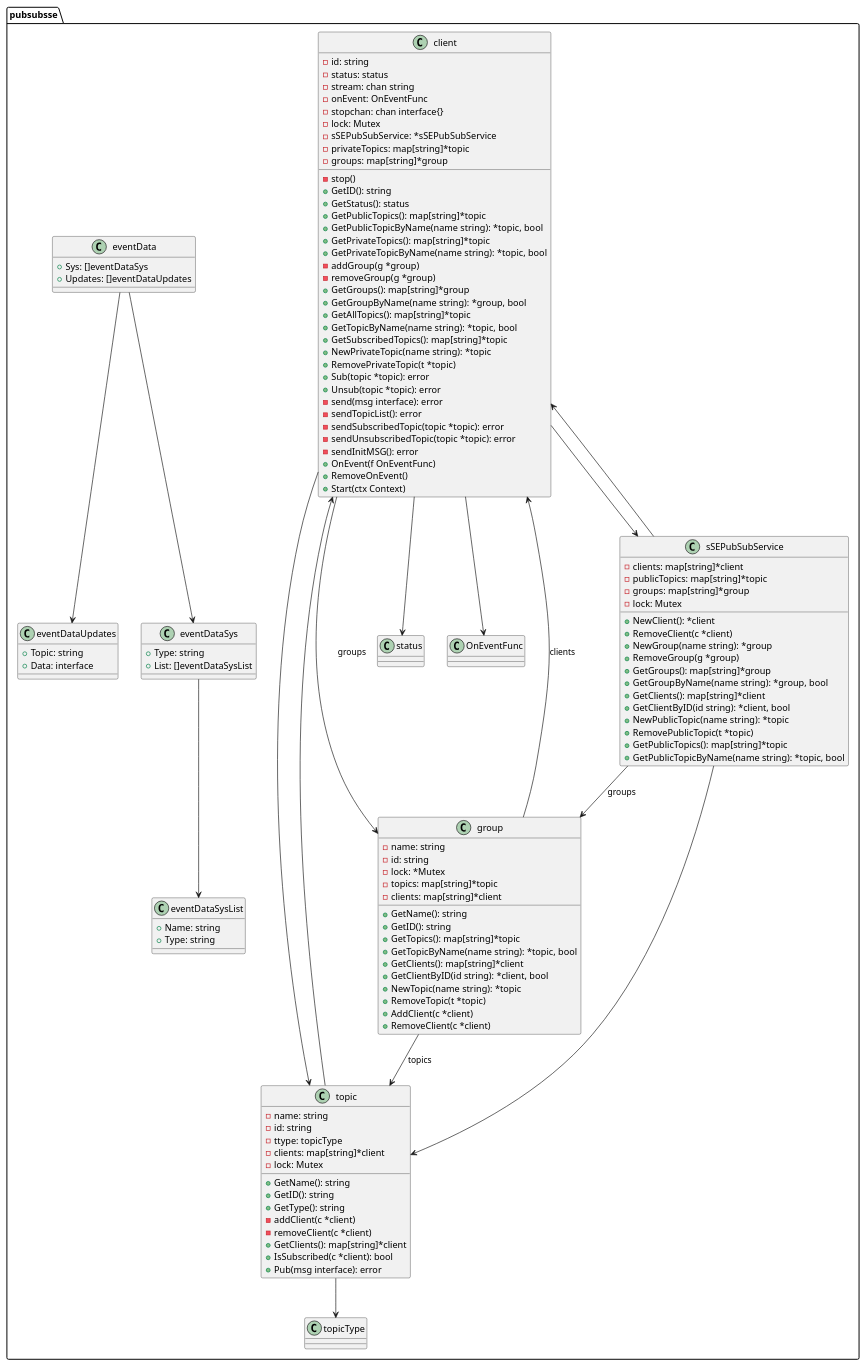
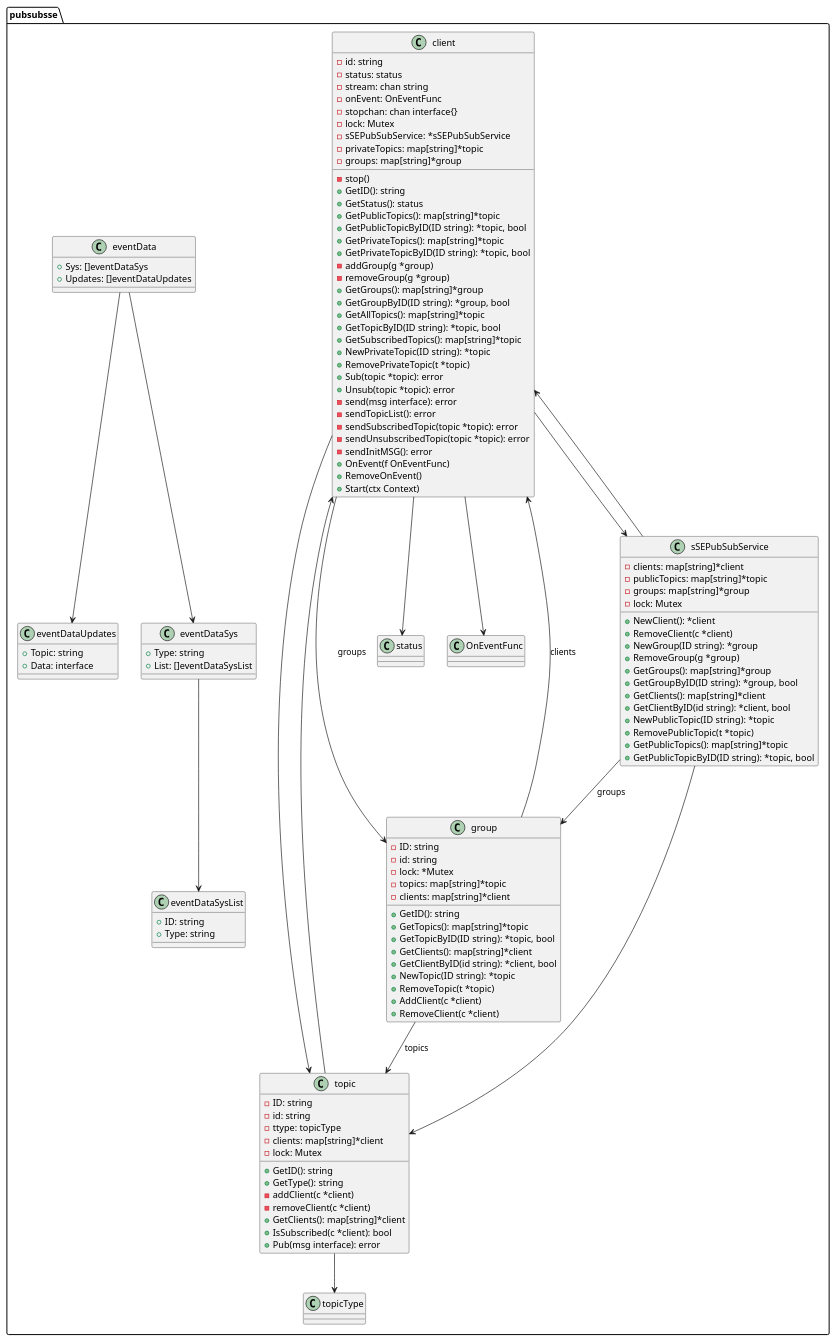
Before and after one commit to JulianKropp/pubsub-sse: the diagram in docs/README.md, drawn with PlantUML. The commit also changed other lines of this file and 14 other files, not shown here.

```diff
--- a/docs/README.md
+++ b/docs/README.md
@@ -176,17 +176,17 @@
 +GetID(): string
 +GetStatus(): status
 +GetPublicTopics(): map[string]*topic
-+GetPublicTopicByName(name string): *topic, bool
++GetPublicTopicByID(ID string): *topic, bool
 +GetPrivateTopics(): map[string]*topic
-+GetPrivateTopicByName(name string): *topic, bool
++GetPrivateTopicByID(ID string): *topic, bool
 -addGroup(g *group)
 -removeGroup(g *group)
 +GetGroups(): map[string]*group
-+GetGroupByName(name string): *group, bool
++GetGroupByID(ID string): *group, bool
 +GetAllTopics(): map[string]*topic
-+GetTopicByName(name string): *topic, bool
++GetTopicByID(ID string): *topic, bool
 +GetSubscribedTopics(): map[string]*topic
-+NewPrivateTopic(name string): *topic
++NewPrivateTopic(ID string): *topic
 +RemovePrivateTopic(t *topic)
 +Sub(topic *topic): error
 +Unsub(topic *topic): error
@@ -200,18 +200,17 @@
 +Start(ctx Context)
 }
 class group {
--name: string
+-ID: string
 -id: string
 -lock: *Mutex
 -topics: map[string]*topic
 -clients: map[string]*client
-+GetName(): string
 +GetID(): string
 +GetTopics(): map[string]*topic
-+GetTopicByName(name string): *topic, bool
++GetTopicByID(ID string): *topic, bool
 +GetClients(): map[string]*client
 +GetClientByID(id string): *client, bool
-+NewTopic(name string): *topic
++NewTopic(ID string): *topic
 +RemoveTopic(t *topic)
 +AddClient(c *client)
 +RemoveClient(c *client)
@@ -223,28 +222,27 @@
 -lock: Mutex
 +NewClient(): *client
 +RemoveClient(c *client)
-+NewGroup(name string): *group
++NewGroup(ID string): *group
 +RemoveGroup(g *group)
 +GetGroups(): map[string]*group
-+GetGroupByName(name string): *group, bool
++GetGroupByID(ID string): *group, bool
 +GetClients(): map[string]*client
 +GetClientByID(id string): *client, bool
-+NewPublicTopic(name string): *topic
++NewPublicTopic(ID string): *topic
 +RemovePublicTopic(t *topic)
 +GetPublicTopics(): map[string]*topic
-+GetPublicTopicByName(name string): *topic, bool
++GetPublicTopicByID(ID string): *topic, bool
 }
 class topicType {
 
 
 }
 class topic {
--name: string
+-ID: string
 -id: string
 -ttype: topicType
 -clients: map[string]*client
 -lock: Mutex
-+GetName(): string
 +GetID(): string
 +GetType(): string
 -addClient(c *client)
@@ -269,7 +267,7 @@
 
 }
 class eventDataSysList {
-+Name: string
++ID: string
 +Type: string
 
 }
```
